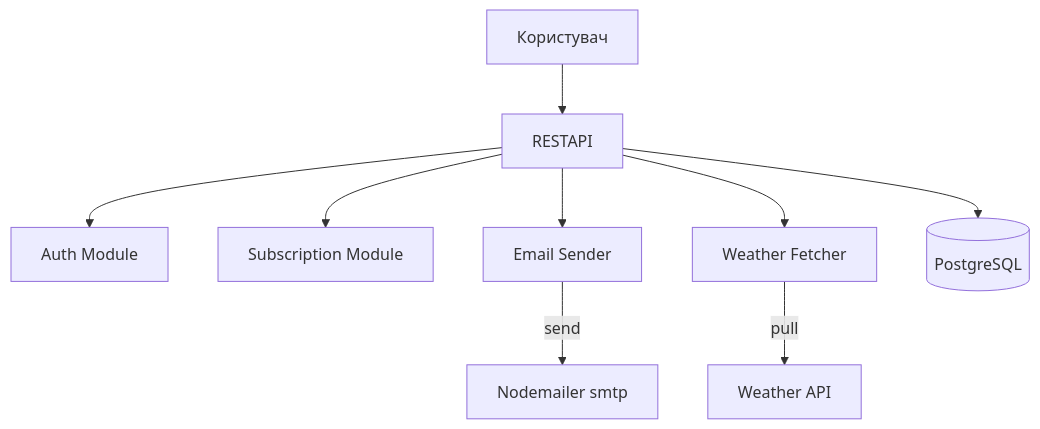
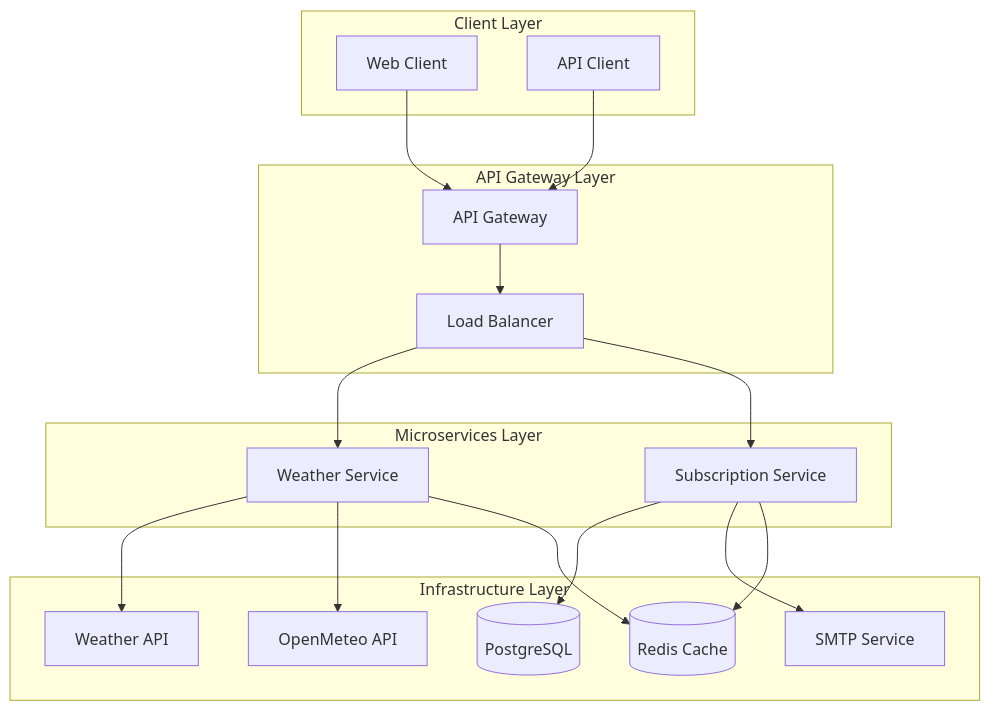
The diagram in documents/system-design.md (GenesisEducationKyiv/software-engineering-school-5-0-Kyryloloshka), drawn with Mermaid before and after one commit. The commit also changed other lines of this file and 29 other files, not shown here.

````diff
--- a/documents/system-design.md
+++ b/documents/system-design.md
@@ -61,11 +69,38 @@
 ```mermaid
 flowchart TD
-    User[Користувач] --> API[RESTAPI]
-    API --> Auth[Auth Module]
-    API --> Sub[Subscription Module]
-    API --> Email[Email Sender]
-    API --> Weather[Weather Fetcher]
-    API --> DB[(PostgreSQL)]
-    Weather -->|pull| WeatherAPI[Weather API]
-    Email -->|send| nodemailer[Nodemailer smtp]
+    subgraph Client Layer
+        Web[Web Client]
+        API[API Client]
+    end
+
+    subgraph API Gateway Layer
+        Gateway[API Gateway]
+        LB[Load Balancer]
+    end
+
+    subgraph Microservices Layer
+        WeatherService[Weather Service]
+        SubscriptionService[Subscription Service]
+    end
+
+    subgraph Infrastructure Layer
+        DB[(PostgreSQL)]
+        Redis[(Redis Cache)]
+        WeatherAPI[Weather API]
+        OpenMeteo[OpenMeteo API]
+        SMTP[SMTP Service]
+    end
+
+    Web --> Gateway
+    API --> Gateway
+    Gateway --> LB
+    LB --> WeatherService
+    LB --> SubscriptionService
+    
+    WeatherService --> WeatherAPI
+    WeatherService --> OpenMeteo
+    WeatherService --> Redis
+    SubscriptionService --> DB
+    SubscriptionService --> SMTP
+    SubscriptionService --> Redis
 ```
````
